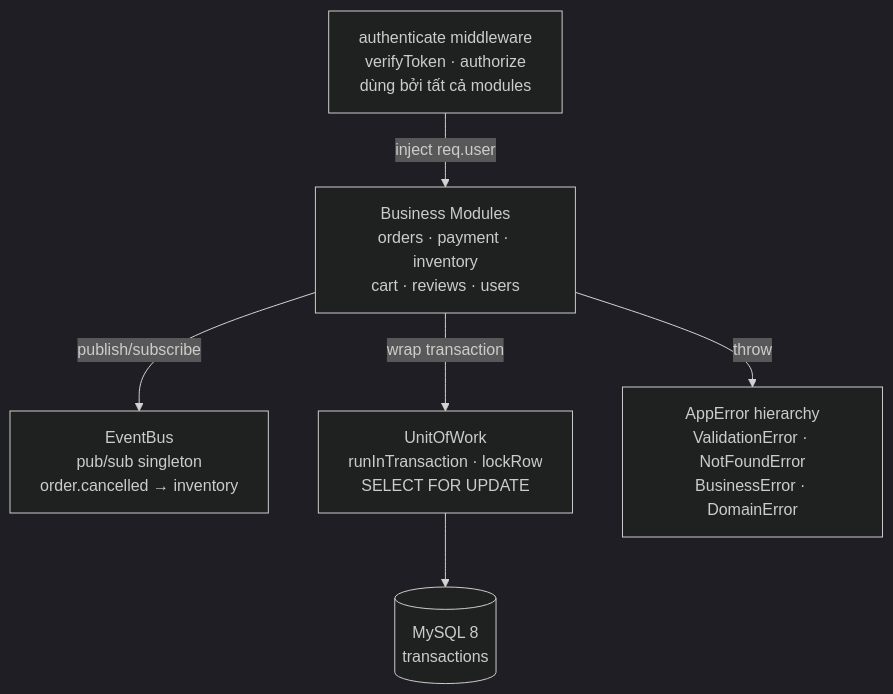
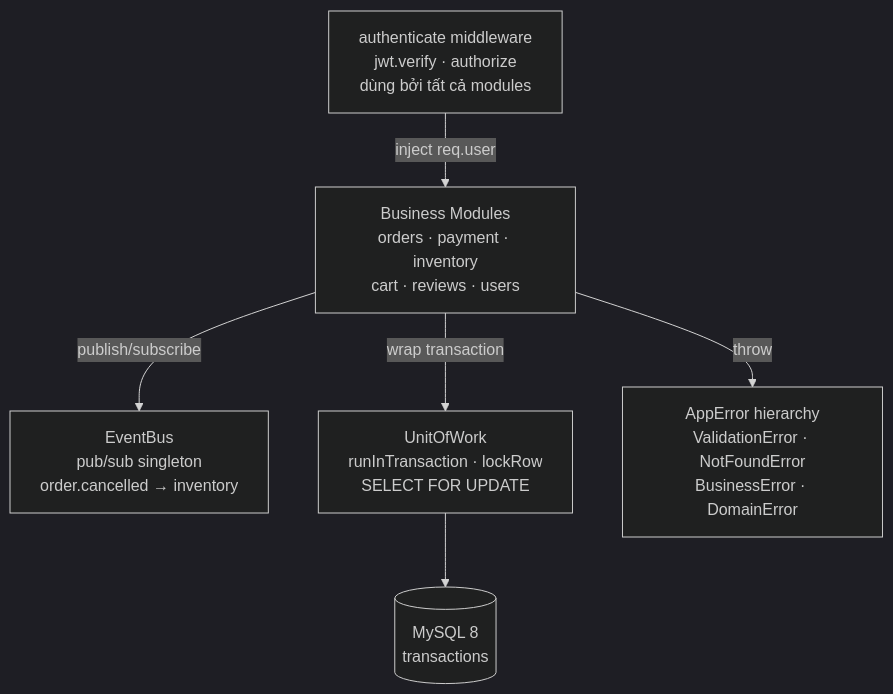
Diagram 47 of 47 in DIAGRAMS.md (MinhThang1009/E-commerce-website), drawn with Mermaid (dark theme) before and after one commit. The commit also changed other lines of this file, not shown here.

First line of the commit message:
docs(diagrams): sửa §2/§7/§8 khớp code sau audit per-element

````diff
--- a/DIAGRAMS.md
+++ b/DIAGRAMS.md
@@ -1931,15 +1930,15 @@
 ```mermaid
 flowchart TB
     MODS["Business Modules<br/>orders · payment · inventory<br/>cart · reviews · users"]
     EBUS["EventBus<br/>pub/sub singleton<br/>order.cancelled → inventory"]
     UOW["UnitOfWork<br/>runInTransaction · lockRow<br/>SELECT FOR UPDATE"]
     ERR["AppError hierarchy<br/>ValidationError · NotFoundError<br/>BusinessError · DomainError"]
-    MW["authenticate middleware<br/>verifyToken · authorize<br/>dùng bởi tất cả modules"]
+    MW["authenticate middleware<br/>jwt.verify · authorize<br/>dùng bởi tất cả modules"]
     DB[("MySQL 8<br/>transactions")]
 
     MODS -->|"publish/subscribe"| EBUS
     MODS -->|"wrap transaction"| UOW
     UOW --> DB
     MODS -->|"throw"| ERR
     MW -->|"inject req.user"| MODS
 ```
````
